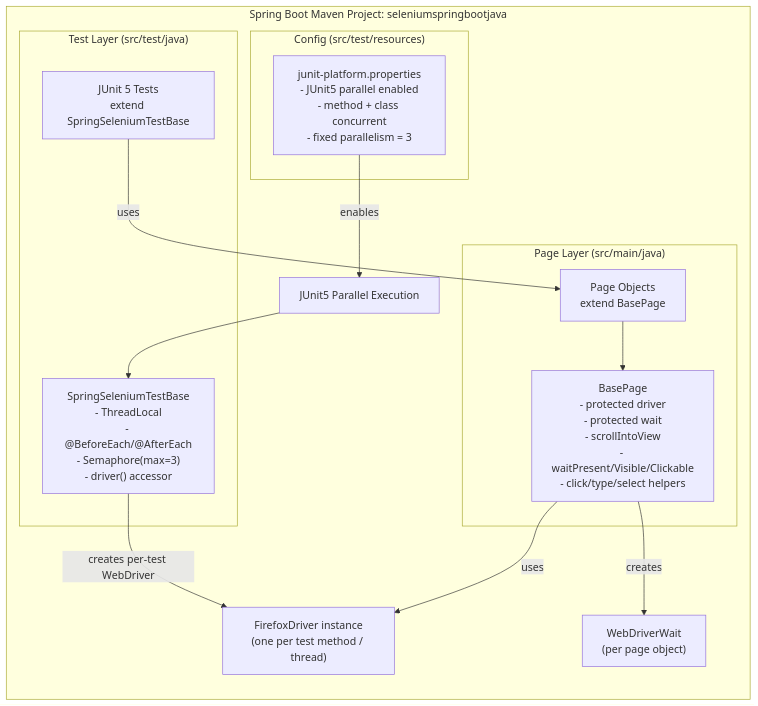
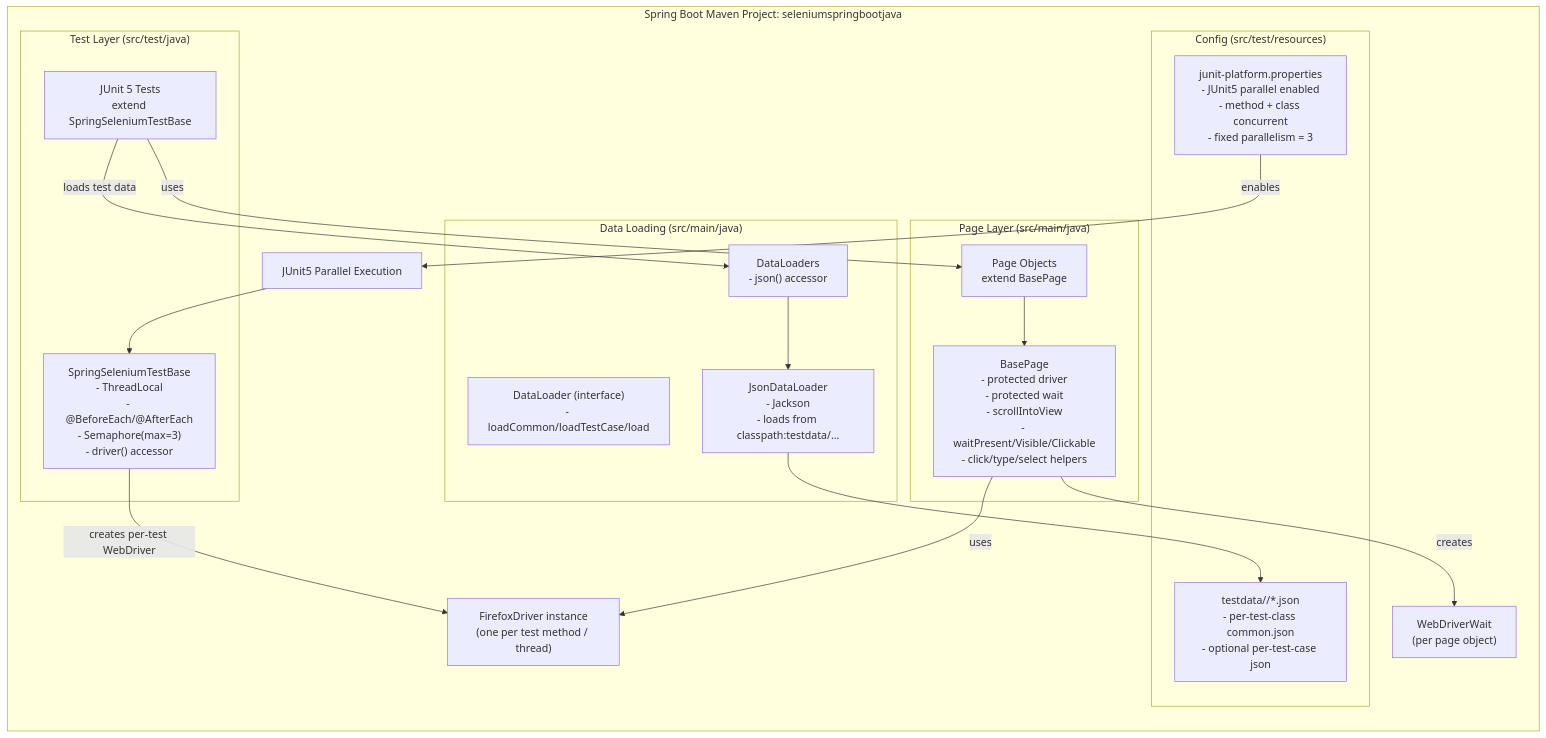
Before and after one commit to ravs788/seleniumspringbootjava: the diagram in architecture.md, drawn with Mermaid. The commit also changed other lines of this file and 1 other file, not shown here.

````diff
--- a/architecture.md
+++ b/architecture.md
@@ -11,29 +11,40 @@
 ```mermaid
 flowchart TB
   subgraph SB_Project["Spring Boot Maven Project: seleniumspringbootjava"]
     direction TB
 
     subgraph Test_Layer["Test Layer (src/test/java)"]
       BaseTest["SpringSeleniumTestBase\n- ThreadLocal<WebDriver>\n- @BeforeEach/@AfterEach\n- Semaphore(max=3)\n- driver() accessor"]
       Tests["JUnit 5 Tests\nextend SpringSeleniumTestBase"]
     end
 
     subgraph Page_Layer["Page Layer (src/main/java)"]
       BasePage["BasePage\n- protected driver\n- protected wait\n- scrollIntoView\n- waitPresent/Visible/Clickable\n- click/type/select helpers"]
       Pages["Page Objects\nextend BasePage"]
     end
 
     subgraph Config_Layer["Config (src/test/resources)"]
       JunitProps["junit-platform.properties\n- JUnit5 parallel enabled\n- method + class concurrent\n- fixed parallelism = 3"]
+      TestData["testdata/<TestClassSimpleName>/*.json\n- per-test-class common.json\n- optional per-test-case json"]
+    end
+
+    subgraph Data_Layer["Data Loading (src/main/java)"]
+      DataLoader["DataLoader (interface)\n- loadCommon/loadTestCase/load"]
+      JsonLoader["JsonDataLoader\n- Jackson\n- loads from classpath:testdata/..."]
+      DataLoaders["DataLoaders\n- json() accessor"]
     end
 
     BaseTest -->|creates per-test WebDriver| Driver["FirefoxDriver instance\n(one per test method / thread)"]
     Tests -->|uses| Pages
+    Tests -->|loads test data| DataLoaders
+    DataLoaders --> JsonLoader
+    JsonLoader --> TestData
+
     Pages --> BasePage
     BasePage -->|uses| Driver
     BasePage -->|creates| Wait["WebDriverWait\n(per page object)"]
 
     JunitProps -->|enables| Parallel["JUnit5 Parallel Execution"]
     Parallel --> BaseTest
   end
 ```
````
